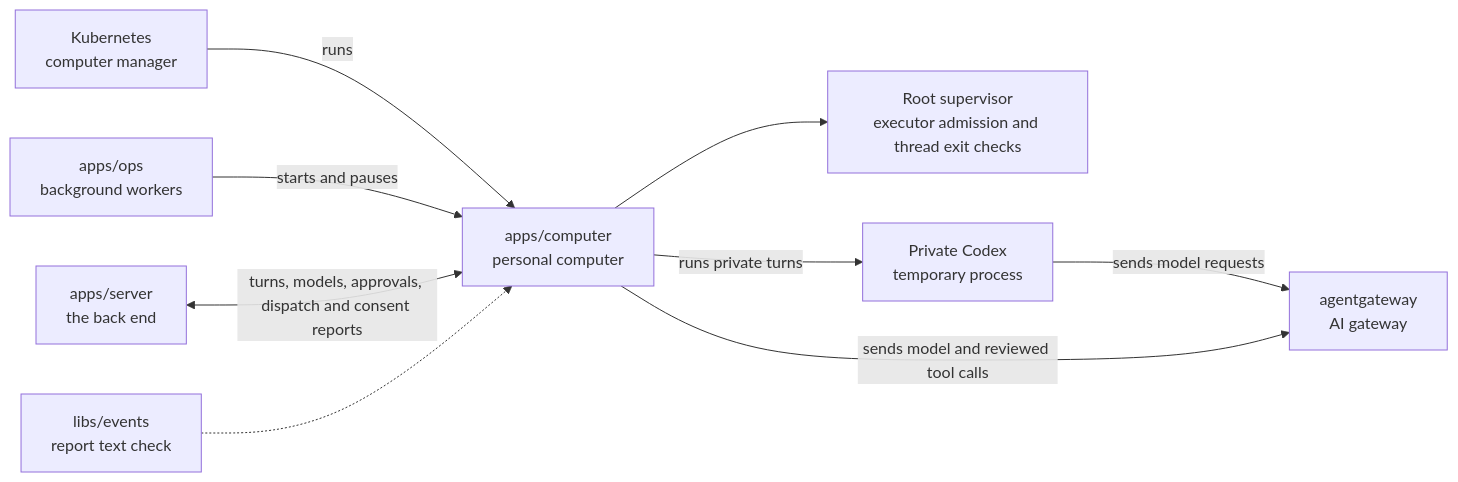
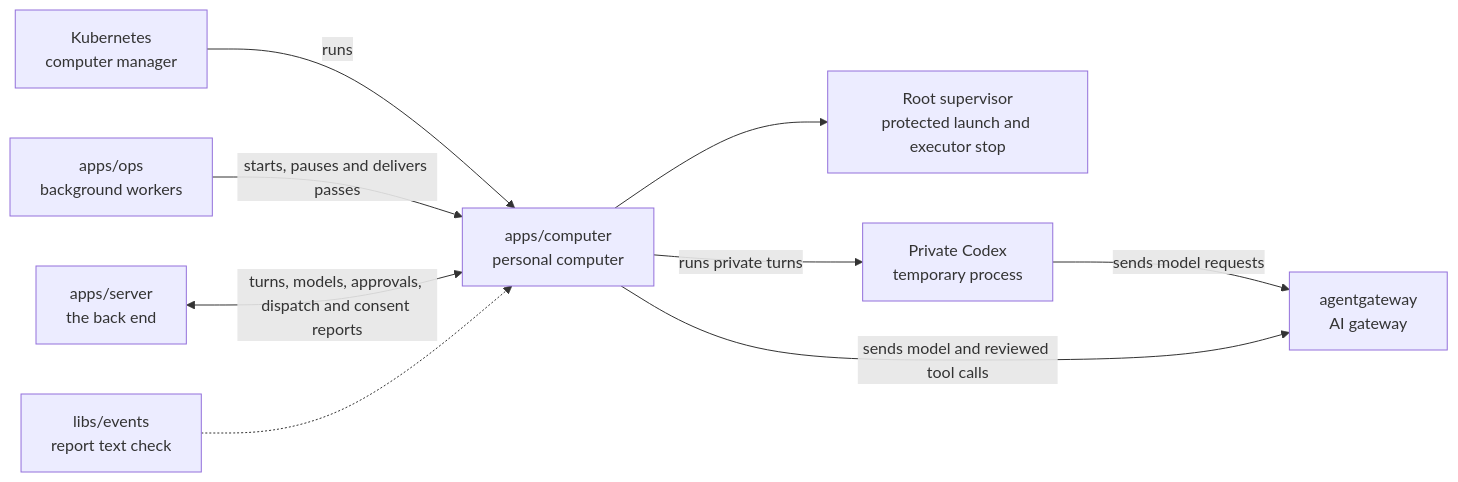
The diagram in apps/computer/README.md (elewa-git/opencrane-new), drawn with Mermaid before and after one commit. The commit also changed other lines of this file and 24 other files, not shown here.

````diff
--- a/apps/computer/README.md
+++ b/apps/computer/README.md
@@ -15,11 +15,11 @@
 ```mermaid
 flowchart LR
   kube["Kubernetes<br/>computer manager"] -->|runs| computer["apps/computer<br/>personal computer"]
-  ops["apps/ops<br/>background workers"] -->|starts and pauses| computer
+  ops["apps/ops<br/>background workers"] -->|starts, pauses and delivers passes| computer
   server["apps/server<br/>the back end"] <-->|turns, models, approvals, dispatch and consent reports| computer
   events["libs/events<br/>report text check"] -.-> computer
-  computer --> supervisor["Root supervisor<br/>executor admission and thread exit checks"]
+  computer --> supervisor["Root supervisor<br/>protected launch and executor stop"]
   computer -->|runs private turns| private["Private Codex<br/>temporary process"]
   private -->|sends model requests| gateway
   computer -->|sends model and reviewed tool calls| gateway["agentgateway<br/>AI gateway"]
 ```
````
